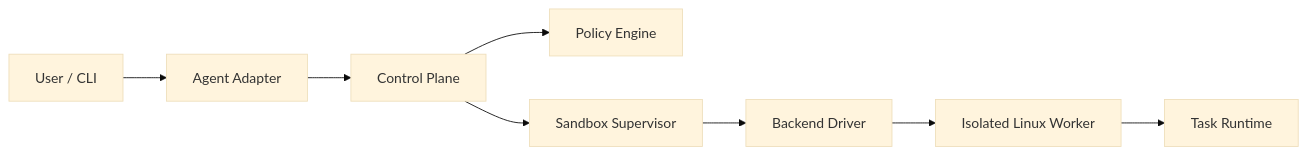
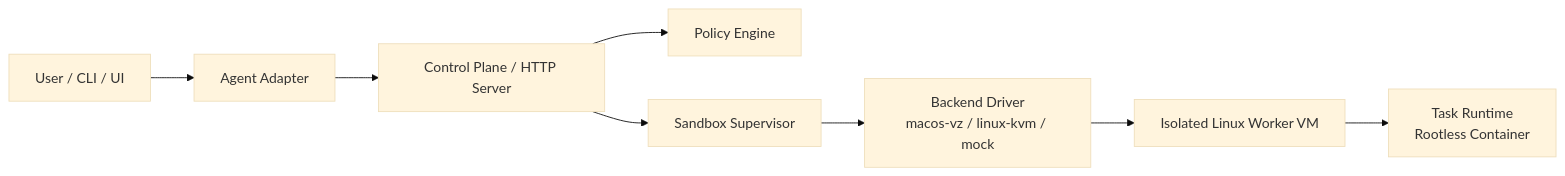
One commit to yanurag-dev/sandforge changed the diagram in README.md. Above: the diagram before and after it, drawn with Mermaid (base theme). The commit also changed other lines of this file and 41 other files, not shown here.

````diff
--- a/README.md
+++ b/README.md
@@ -22,10 +26,19 @@
 ```mermaid
 flowchart LR
-    U[User / CLI] --> A[Agent Adapter]
-    A --> CP[Control Plane]
-    CP --> PE[Policy Engine]
-    CP --> SS[Sandbox Supervisor]
-    SS --> BD[Backend Driver]
-    BD --> WK[Isolated Linux Worker]
-    WK --> TR[Task Runtime]
+    U[User / CLI / UI]
+    A[Agent Adapter]
+    CP[Control Plane / HTTP Server]
+    PE[Policy Engine]
+    SS[Sandbox Supervisor]
+    BD[Backend Driver<br/>macos-vz / linux-kvm / mock]
+    WK[Isolated Linux Worker VM]
+    TR[Task Runtime<br/>Rootless Container]
+
+    U --> A
+    A --> CP
+    CP --> PE
+    CP --> SS
+    SS --> BD
+    BD --> WK
+    WK --> TR
 ```
````
